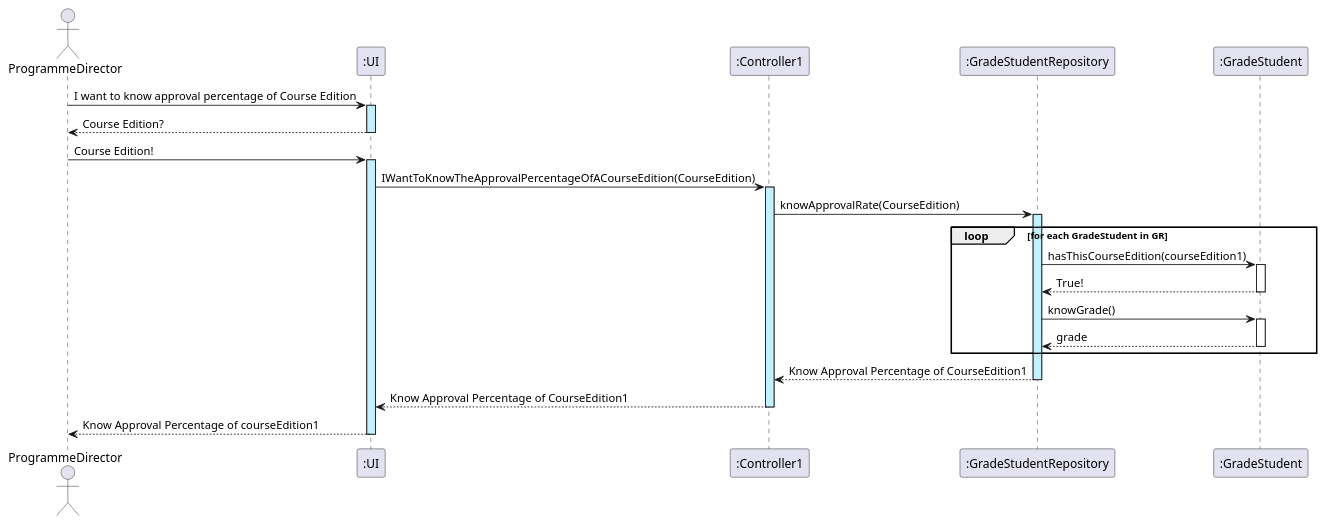
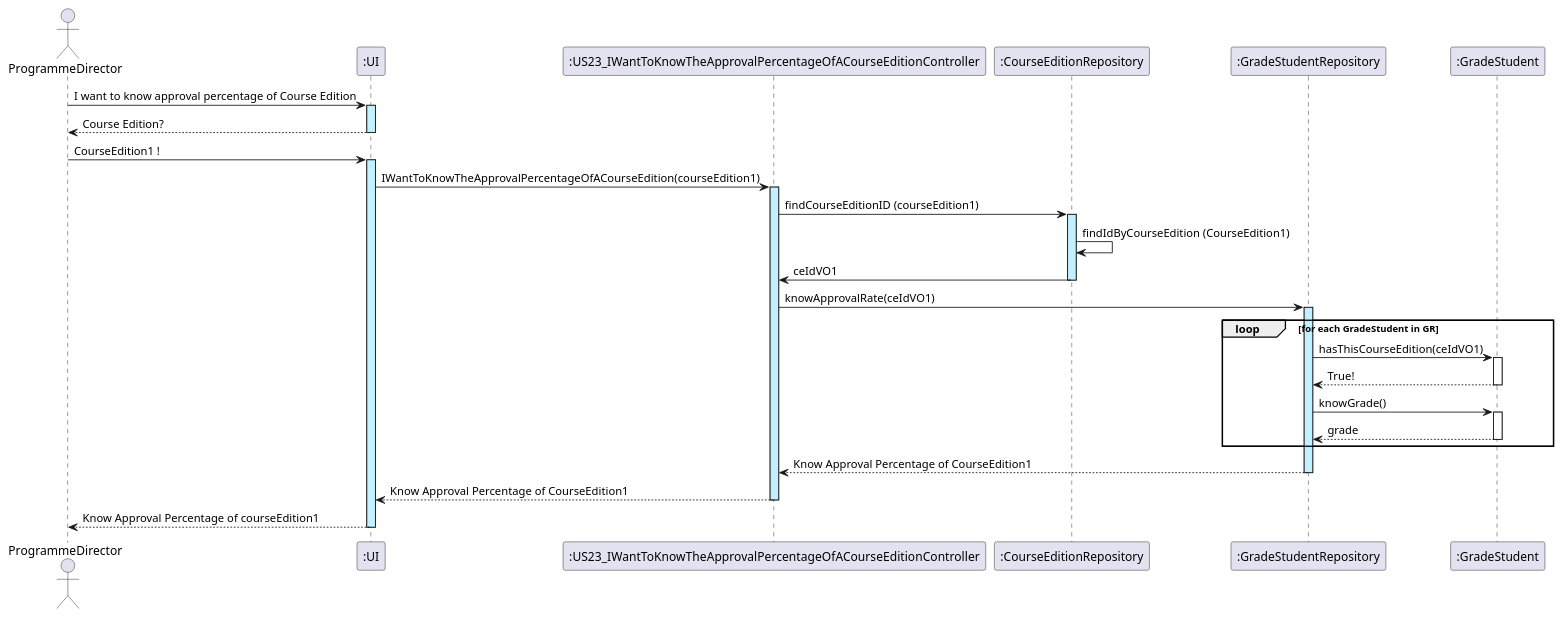
Before and after one commit to GasparISEP/DevOps-PAI: the diagram in docs/US23/US23_IWantToKnowTheApprovalPercentageOfACourseEdition.puml, drawn with PlantUML.

Commit message:
Ref #55. US23 Updated SequenceDiagram according to DDD principles.

```diff
--- a/docs/US23/US23_IWantToKnowTheApprovalPercentageOfACourseEdition.puml
+++ b/docs/US23/US23_IWantToKnowTheApprovalPercentageOfACourseEdition.puml
@@ -1,34 +1,39 @@
 @startuml
 actor ProgrammeDirector
 participant ":UI" as UI
-participant ":Controller1" as KA
+participant ":US23_IWantToKnowTheApprovalPercentageOfACourseEditionController" as KA
+participant ":CourseEditionRepository" as CER
 participant ":GradeStudentRepository" as GR
 participant ":GradeStudent" as GradeStudent
 
 
 ProgrammeDirector -> UI ++ #application: I want to know approval percentage of Course Edition
 UI --> ProgrammeDirector -- : Course Edition?
-ProgrammeDirector -> UI ++ #application: Course Edition!
-UI -> KA ++ #application : IWantToKnowTheApprovalPercentageOfACourseEdition(CourseEdition)
-KA -> GR ++ #application : knowApprovalRate(CourseEdition)
+ProgrammeDirector -> UI ++ #application: CourseEdition1 !
+UI -> KA ++ #application : IWantToKnowTheApprovalPercentageOfACourseEdition(courseEdition1)
+KA -> CER ++ #application : findCourseEditionID (courseEdition1)
+CER -> CER : findIdByCourseEdition (CourseEdition1)
+CER -> KA :  ceIdVO1
+deactivate CER
+KA -> GR ++ #application : knowApprovalRate(ceIdVO1)
 
 
 
 loop for each GradeStudent in GR
-    GR -> GradeStudent : hasThisCourseEdition(courseEdition1)
+    GR -> GradeStudent : hasThisCourseEdition(ceIdVO1)
     activate GradeStudent
     GradeStudent --> GR : True!
     deactivate GradeStudent
 
     GR -> GradeStudent : knowGrade()
     activate GradeStudent
     GradeStudent --> GR : grade
     deactivate GradeStudent
 end
 
 
 GR --> KA --: Know Approval Percentage of CourseEdition1
 KA --> UI --: Know Approval Percentage of CourseEdition1
 UI --> ProgrammeDirector --: Know Approval Percentage of courseEdition1
 
 @enduml
```
